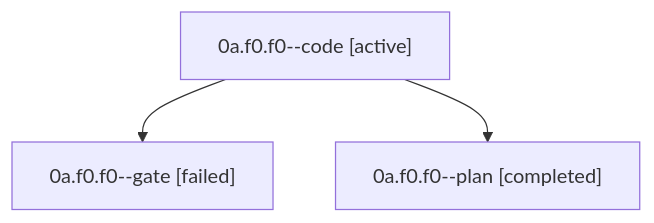
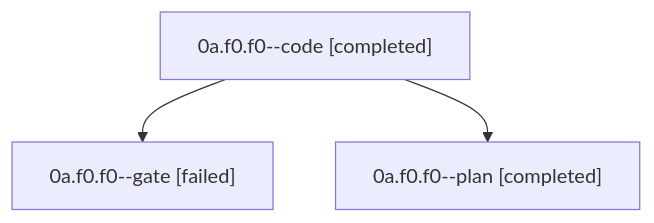
One commit to sase-org/sase--agents changed the diagram in sessions/bbugyi200.apollo.0a.f0.f0.md. Above: the diagram before and after it, drawn with Mermaid. The commit also changed other lines of this file and 56 other files, not shown here.

````diff
--- a/sessions/bbugyi200.apollo.0a.f0.f0.md
+++ b/sessions/bbugyi200.apollo.0a.f0.f0.md
@@ -9,8 +9,8 @@
 ```mermaid
 flowchart TD
-  n0["0a.f0.f0--code [active]"]
+  n0["0a.f0.f0--code [completed]"]
   n1["0a.f0.f0--gate [failed]"]
   n0 --> n1
   n2["0a.f0.f0--plan [completed]"]
   n0 --> n2
 ```
````
